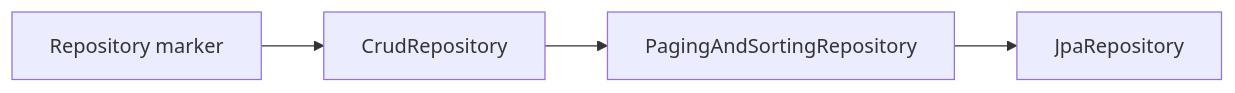
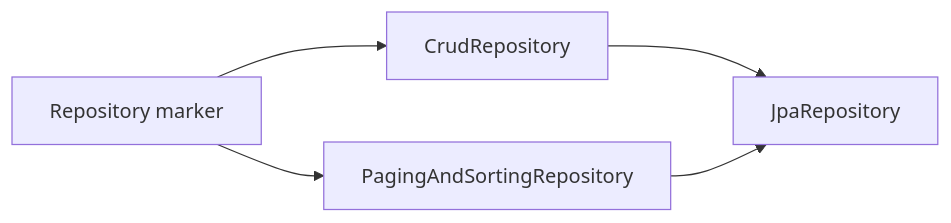
The second of 2 diagrams in src/content/spring-boot/03-data-access/01-spring-data-jpa.md (ft-abhishekgupta/interview-prep-suite), drawn with Mermaid before and after one commit. The commit also changed other lines of this file and 307 other files, not shown here.

````diff
--- a/src/content/spring-boot/03-data-access/01-spring-data-jpa.md
+++ b/src/content/spring-boot/03-data-access/01-spring-data-jpa.md
@@ -111,6 +111,7 @@
 ```mermaid
 flowchart LR
   A["Repository marker"] --> B["CrudRepository"]
-  B --> C["PagingAndSortingRepository"]
-  C --> D["JpaRepository"]
+  A --> C["PagingAndSortingRepository"]
+  B --> D["JpaRepository"]
+  C --> D
 ```
````
